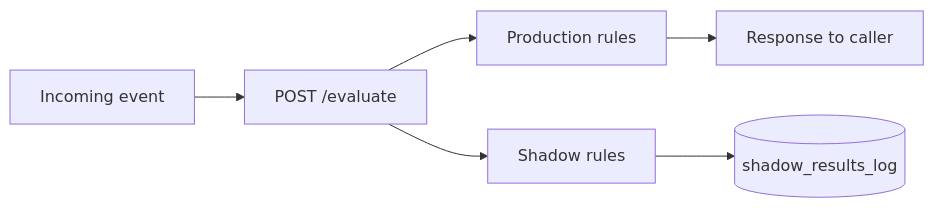
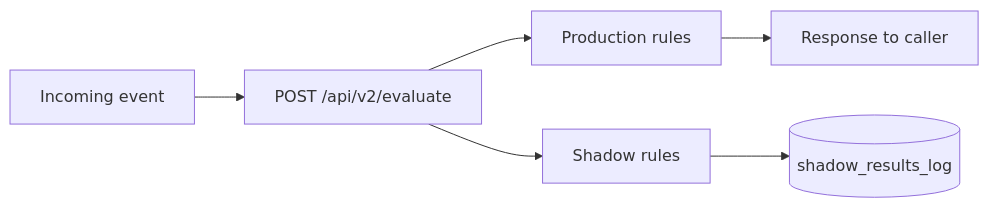
Before and after one commit to sofeikov/ezrules: the first of 2 diagrams in docs/blog/shadow-deployment.md, drawn with Mermaid. The commit also changed 20 other files, not shown here.

````diff
--- a/docs/blog/shadow-deployment.md
+++ b/docs/blog/shadow-deployment.md
@@ -21,8 +21,8 @@
 ```mermaid
 flowchart LR
-    A[Incoming event] --> B[POST /evaluate]
+    A[Incoming event] --> B[POST /api/v2/evaluate]
     B --> C[Production rules]
     B --> D[Shadow rules]
     C --> E[Response to caller]
     D --> F[(shadow_results_log)]
 ```
````
